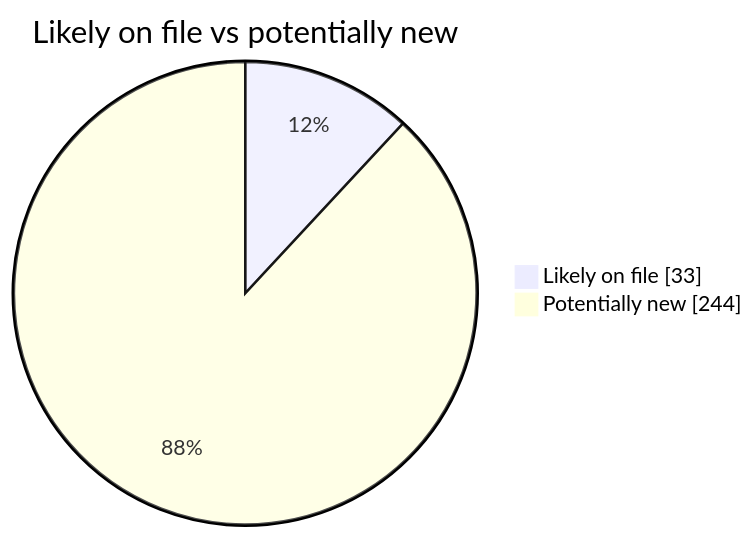
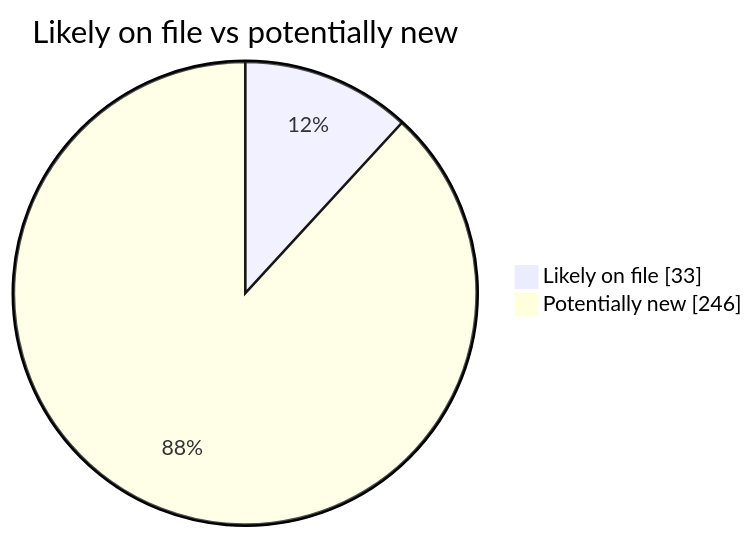
One commit to martinbalfanz/social-scanner-reports changed the second of 4 diagrams in README.md. Above: the diagram before and after it, drawn with Mermaid. The commit also changed other lines of this file and 2 other files, not shown here.

````diff
--- a/README.md
+++ b/README.md
@@ -40,5 +40,5 @@
 ```mermaid
 pie showData title Likely on file vs potentially new
     "Likely on file" : 33
-    "Potentially new" : 244
+    "Potentially new" : 246
 ```
````
